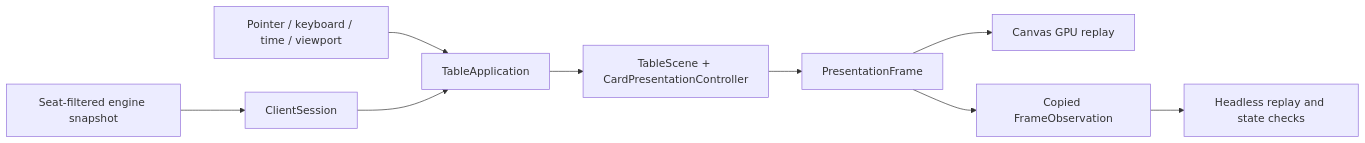
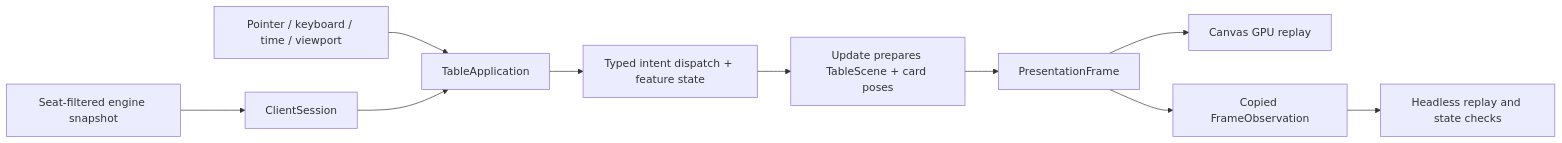
One commit to proflayton/Mana-Table changed the first of 2 diagrams in docs/Development/Mana-Table-Architecture.md. Above: the diagram before and after it, drawn with Mermaid. The commit also changed other lines of this file and 99 other files, not shown here.

````diff
--- a/docs/Development/Mana-Table-Architecture.md
+++ b/docs/Development/Mana-Table-Architecture.md
@@ -338,11 +341,12 @@
 ```mermaid
 flowchart LR
     Engine[Seat-filtered engine snapshot] --> Session[ClientSession]
     Input[Pointer / keyboard / time / viewport] --> Application[TableApplication]
     Session --> Application
-    Application --> Layout[TableScene + CardPresentationController]
+    Application --> Intents[Typed intent dispatch + feature state]
+    Intents --> Layout[Update prepares TableScene + card poses]
     Layout --> Frame[PresentationFrame]
     Frame --> GPU[Canvas GPU replay]
     Frame --> Observe[Copied FrameObservation]
     Observe --> Checks[Headless replay and state checks]
 ```
````
